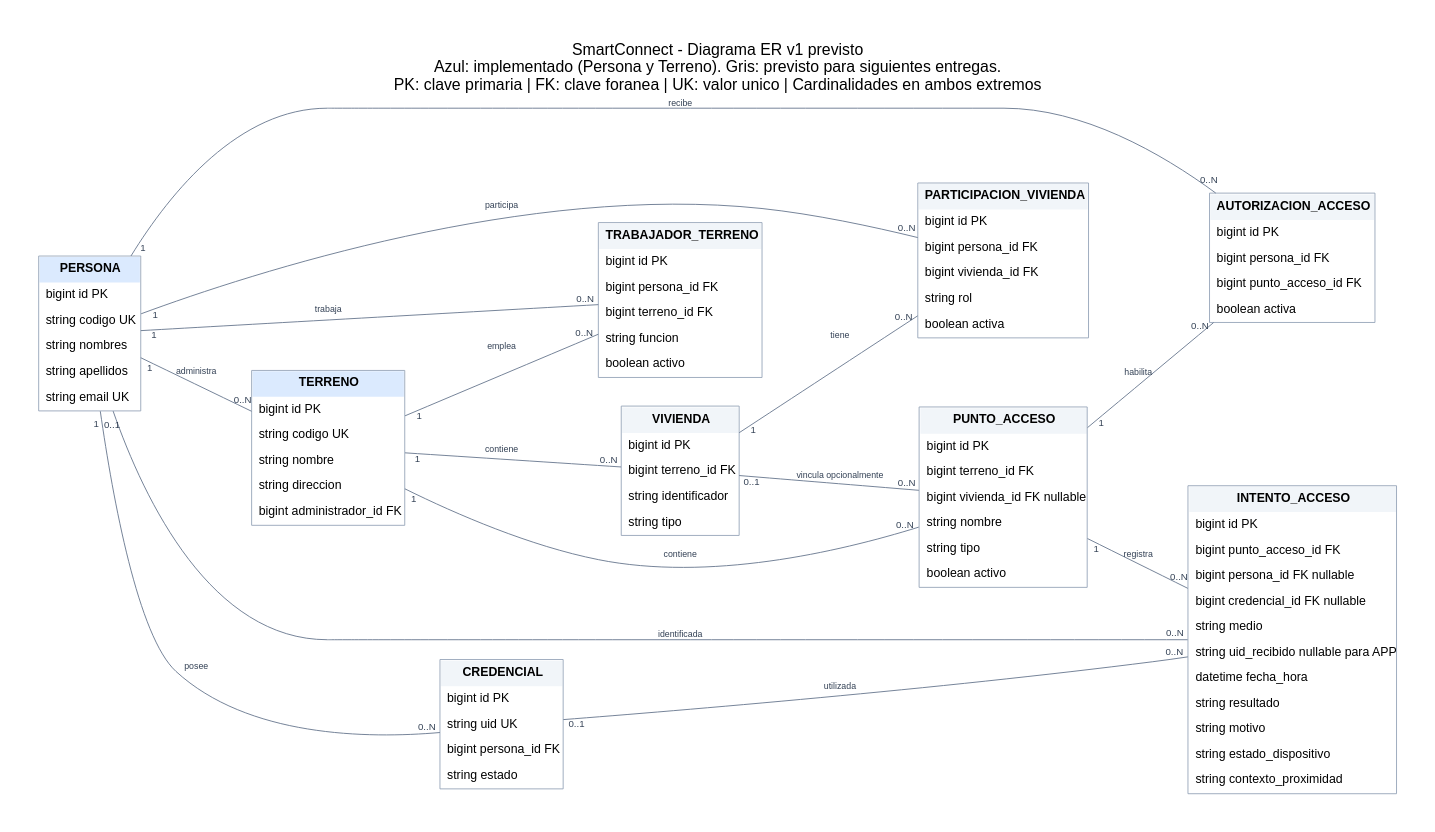
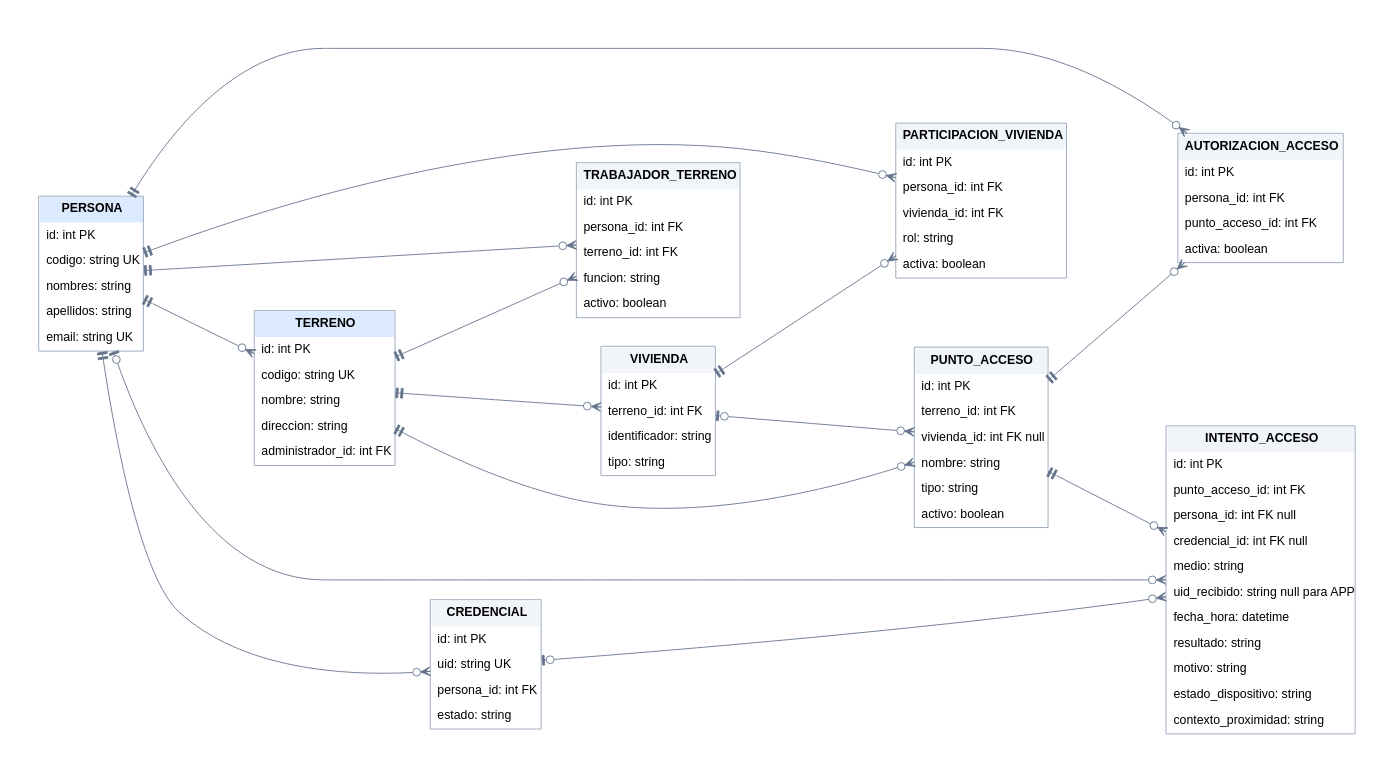
One commit to amaruprog14/smartconnect changed the diagram in er/diagrama_er_v1.dot. Above: the diagram before and after it, drawn with Graphviz. The commit also changed 1 other file, not shown here.

Commit message:
Actualiza la fuente DOT del ER al formato del diagrama
Atributos como nombre: tipo [PK|FK|UK], int y null, extremos en pata de
gallo y etiquetas de relación transparentes que solo ayudan a distribuir
el grafo. limpiar_svg.py elimina esos textos del SVG exportado.

```diff
--- a/er/diagrama_er_v1.dot
+++ b/er/diagrama_er_v1.dot
@@ -1,28 +1,29 @@
 digraph ER {
-graph [rankdir=LR, bgcolor="white", pad="0.5", nodesep="0.45", ranksep="1.1", fontname="Arial", labelloc=t, label="SmartConnect - Diagrama ER v1 previsto\nAzul: implementado (Persona y Terreno). Gris: previsto para siguientes entregas.\nPK: clave primaria | FK: clave foranea | UK: valor unico | Cardinalidades en ambos extremos", fontsize=18];
+graph [rankdir=LR, bgcolor="white", pad="0.5", nodesep="0.45", ranksep="1.1", fontname="Arial"];
 node [shape=plain, fontname="Arial"];
-edge [fontname="Arial", fontsize=10, labelfontsize=11, color="#64748b", fontcolor="#334155", dir=none, labeldistance=1.6];
-PERSONA [label=<<TABLE BORDER="1" CELLBORDER="0" CELLSPACING="0" CELLPADDING="7" COLOR="#94a3b8"><TR><TD BGCOLOR="#dbeafe"><B>PERSONA</B></TD></TR><TR><TD ALIGN="LEFT">bigint id PK</TD></TR><TR><TD ALIGN="LEFT">string codigo UK</TD></TR><TR><TD ALIGN="LEFT">string nombres</TD></TR><TR><TD ALIGN="LEFT">string apellidos</TD></TR><TR><TD ALIGN="LEFT">string email UK</TD></TR></TABLE>>];
-TERRENO [label=<<TABLE BORDER="1" CELLBORDER="0" CELLSPACING="0" CELLPADDING="7" COLOR="#94a3b8"><TR><TD BGCOLOR="#dbeafe"><B>TERRENO</B></TD></TR><TR><TD ALIGN="LEFT">bigint id PK</TD></TR><TR><TD ALIGN="LEFT">string codigo UK</TD></TR><TR><TD ALIGN="LEFT">string nombre</TD></TR><TR><TD ALIGN="LEFT">string direccion</TD></TR><TR><TD ALIGN="LEFT">bigint administrador_id FK</TD></TR></TABLE>>];
-VIVIENDA [label=<<TABLE BORDER="1" CELLBORDER="0" CELLSPACING="0" CELLPADDING="7" COLOR="#94a3b8"><TR><TD BGCOLOR="#f1f5f9"><B>VIVIENDA</B></TD></TR><TR><TD ALIGN="LEFT">bigint id PK</TD></TR><TR><TD ALIGN="LEFT">bigint terreno_id FK</TD></TR><TR><TD ALIGN="LEFT">string identificador</TD></TR><TR><TD ALIGN="LEFT">string tipo</TD></TR></TABLE>>];
-PARTICIPACION_VIVIENDA [label=<<TABLE BORDER="1" CELLBORDER="0" CELLSPACING="0" CELLPADDING="7" COLOR="#94a3b8"><TR><TD BGCOLOR="#f1f5f9"><B>PARTICIPACION_VIVIENDA</B></TD></TR><TR><TD ALIGN="LEFT">bigint id PK</TD></TR><TR><TD ALIGN="LEFT">bigint persona_id FK</TD></TR><TR><TD ALIGN="LEFT">bigint vivienda_id FK</TD></TR><TR><TD ALIGN="LEFT">string rol</TD></TR><TR><TD ALIGN="LEFT">boolean activa</TD></TR></TABLE>>];
-TRABAJADOR_TERRENO [label=<<TABLE BORDER="1" CELLBORDER="0" CELLSPACING="0" CELLPADDING="7" COLOR="#94a3b8"><TR><TD BGCOLOR="#f1f5f9"><B>TRABAJADOR_TERRENO</B></TD></TR><TR><TD ALIGN="LEFT">bigint id PK</TD></TR><TR><TD ALIGN="LEFT">bigint persona_id FK</TD></TR><TR><TD ALIGN="LEFT">bigint terreno_id FK</TD></TR><TR><TD ALIGN="LEFT">string funcion</TD></TR><TR><TD ALIGN="LEFT">boolean activo</TD></TR></TABLE>>];
-CREDENCIAL [label=<<TABLE BORDER="1" CELLBORDER="0" CELLSPACING="0" CELLPADDING="7" COLOR="#94a3b8"><TR><TD BGCOLOR="#f1f5f9"><B>CREDENCIAL</B></TD></TR><TR><TD ALIGN="LEFT">bigint id PK</TD></TR><TR><TD ALIGN="LEFT">string uid UK</TD></TR><TR><TD ALIGN="LEFT">bigint persona_id FK</TD></TR><TR><TD ALIGN="LEFT">string estado</TD></TR></TABLE>>];
-PUNTO_ACCESO [label=<<TABLE BORDER="1" CELLBORDER="0" CELLSPACING="0" CELLPADDING="7" COLOR="#94a3b8"><TR><TD BGCOLOR="#f1f5f9"><B>PUNTO_ACCESO</B></TD></TR><TR><TD ALIGN="LEFT">bigint id PK</TD></TR><TR><TD ALIGN="LEFT">bigint terreno_id FK</TD></TR><TR><TD ALIGN="LEFT">bigint vivienda_id FK nullable</TD></TR><TR><TD ALIGN="LEFT">string nombre</TD></TR><TR><TD ALIGN="LEFT">string tipo</TD></TR><TR><TD ALIGN="LEFT">boolean activo</TD></TR></TABLE>>];
-AUTORIZACION_ACCESO [label=<<TABLE BORDER="1" CELLBORDER="0" CELLSPACING="0" CELLPADDING="7" COLOR="#94a3b8"><TR><TD BGCOLOR="#f1f5f9"><B>AUTORIZACION_ACCESO</B></TD></TR><TR><TD ALIGN="LEFT">bigint id PK</TD></TR><TR><TD ALIGN="LEFT">bigint persona_id FK</TD></TR><TR><TD ALIGN="LEFT">bigint punto_acceso_id FK</TD></TR><TR><TD ALIGN="LEFT">boolean activa</TD></TR></TABLE>>];
-INTENTO_ACCESO [label=<<TABLE BORDER="1" CELLBORDER="0" CELLSPACING="0" CELLPADDING="7" COLOR="#94a3b8"><TR><TD BGCOLOR="#f1f5f9"><B>INTENTO_ACCESO</B></TD></TR><TR><TD ALIGN="LEFT">bigint id PK</TD></TR><TR><TD ALIGN="LEFT">bigint punto_acceso_id FK</TD></TR><TR><TD ALIGN="LEFT">bigint persona_id FK nullable</TD></TR><TR><TD ALIGN="LEFT">bigint credencial_id FK nullable</TD></TR><TR><TD ALIGN="LEFT">string medio</TD></TR><TR><TD ALIGN="LEFT">string uid_recibido nullable para APP</TD></TR><TR><TD ALIGN="LEFT">datetime fecha_hora</TD></TR><TR><TD ALIGN="LEFT">string resultado</TD></TR><TR><TD ALIGN="LEFT">string motivo</TD></TR><TR><TD ALIGN="LEFT">string estado_dispositivo</TD></TR><TR><TD ALIGN="LEFT">string contexto_proximidad</TD></TR></TABLE>>];
-PERSONA -> TERRENO [label="administra", taillabel="1", headlabel="0..N"];
-TERRENO -> VIVIENDA [label="contiene", taillabel="1", headlabel="0..N"];
-PERSONA -> PARTICIPACION_VIVIENDA [label="participa", taillabel="1", headlabel="0..N"];
-VIVIENDA -> PARTICIPACION_VIVIENDA [label="tiene", taillabel="1", headlabel="0..N"];
-PERSONA -> TRABAJADOR_TERRENO [label="trabaja", taillabel="1", headlabel="0..N"];
-TERRENO -> TRABAJADOR_TERRENO [label="emplea", taillabel="1", headlabel="0..N"];
-PERSONA -> CREDENCIAL [label="posee", taillabel="1", headlabel="0..N"];
-TERRENO -> PUNTO_ACCESO [label="contiene", taillabel="1", headlabel="0..N"];
-VIVIENDA -> PUNTO_ACCESO [label="vincula opcionalmente", taillabel="0..1", headlabel="0..N"];
-PERSONA -> AUTORIZACION_ACCESO [label="recibe", taillabel="1", headlabel="0..N"];
-PUNTO_ACCESO -> AUTORIZACION_ACCESO [label="habilita", taillabel="1", headlabel="0..N"];
-PUNTO_ACCESO -> INTENTO_ACCESO [label="registra", taillabel="1", headlabel="0..N"];
-PERSONA -> INTENTO_ACCESO [label="identificada", taillabel="0..1", headlabel="0..N"];
-CREDENCIAL -> INTENTO_ACCESO [label="utilizada", taillabel="0..1", headlabel="0..N"];
+// Las etiquetas de las relaciones solo ayudan a distribuir el diagrama: son transparentes.
+edge [fontname="Arial", fontsize=10, color="#64748b", fontcolor="transparent", dir=both, arrowsize=1.1];
+PERSONA [label=<<TABLE BORDER="1" CELLBORDER="0" CELLSPACING="0" CELLPADDING="7" COLOR="#94a3b8"><TR><TD BGCOLOR="#dbeafe"><B>PERSONA</B></TD></TR><TR><TD ALIGN="LEFT">id: int PK</TD></TR><TR><TD ALIGN="LEFT">codigo: string UK</TD></TR><TR><TD ALIGN="LEFT">nombres: string</TD></TR><TR><TD ALIGN="LEFT">apellidos: string</TD></TR><TR><TD ALIGN="LEFT">email: string UK</TD></TR></TABLE>>];
+TERRENO [label=<<TABLE BORDER="1" CELLBORDER="0" CELLSPACING="0" CELLPADDING="7" COLOR="#94a3b8"><TR><TD BGCOLOR="#dbeafe"><B>TERRENO</B></TD></TR><TR><TD ALIGN="LEFT">id: int PK</TD></TR><TR><TD ALIGN="LEFT">codigo: string UK</TD></TR><TR><TD ALIGN="LEFT">nombre: string</TD></TR><TR><TD ALIGN="LEFT">direccion: string</TD></TR><TR><TD ALIGN="LEFT">administrador_id: int FK</TD></TR></TABLE>>];
+VIVIENDA [label=<<TABLE BORDER="1" CELLBORDER="0" CELLSPACING="0" CELLPADDING="7" COLOR="#94a3b8"><TR><TD BGCOLOR="#f1f5f9"><B>VIVIENDA</B></TD></TR><TR><TD ALIGN="LEFT">id: int PK</TD></TR><TR><TD ALIGN="LEFT">terreno_id: int FK</TD></TR><TR><TD ALIGN="LEFT">identificador: string</TD></TR><TR><TD ALIGN="LEFT">tipo: string</TD></TR></TABLE>>];
+PARTICIPACION_VIVIENDA [label=<<TABLE BORDER="1" CELLBORDER="0" CELLSPACING="0" CELLPADDING="7" COLOR="#94a3b8"><TR><TD BGCOLOR="#f1f5f9"><B>PARTICIPACION_VIVIENDA</B></TD></TR><TR><TD ALIGN="LEFT">id: int PK</TD></TR><TR><TD ALIGN="LEFT">persona_id: int FK</TD></TR><TR><TD ALIGN="LEFT">vivienda_id: int FK</TD></TR><TR><TD ALIGN="LEFT">rol: string</TD></TR><TR><TD ALIGN="LEFT">activa: boolean</TD></TR></TABLE>>];
+TRABAJADOR_TERRENO [label=<<TABLE BORDER="1" CELLBORDER="0" CELLSPACING="0" CELLPADDING="7" COLOR="#94a3b8"><TR><TD BGCOLOR="#f1f5f9"><B>TRABAJADOR_TERRENO</B></TD></TR><TR><TD ALIGN="LEFT">id: int PK</TD></TR><TR><TD ALIGN="LEFT">persona_id: int FK</TD></TR><TR><TD ALIGN="LEFT">terreno_id: int FK</TD></TR><TR><TD ALIGN="LEFT">funcion: string</TD></TR><TR><TD ALIGN="LEFT">activo: boolean</TD></TR></TABLE>>];
+CREDENCIAL [label=<<TABLE BORDER="1" CELLBORDER="0" CELLSPACING="0" CELLPADDING="7" COLOR="#94a3b8"><TR><TD BGCOLOR="#f1f5f9"><B>CREDENCIAL</B></TD></TR><TR><TD ALIGN="LEFT">id: int PK</TD></TR><TR><TD ALIGN="LEFT">uid: string UK</TD></TR><TR><TD ALIGN="LEFT">persona_id: int FK</TD></TR><TR><TD ALIGN="LEFT">estado: string</TD></TR></TABLE>>];
+PUNTO_ACCESO [label=<<TABLE BORDER="1" CELLBORDER="0" CELLSPACING="0" CELLPADDING="7" COLOR="#94a3b8"><TR><TD BGCOLOR="#f1f5f9"><B>PUNTO_ACCESO</B></TD></TR><TR><TD ALIGN="LEFT">id: int PK</TD></TR><TR><TD ALIGN="LEFT">terreno_id: int FK</TD></TR><TR><TD ALIGN="LEFT">vivienda_id: int FK null</TD></TR><TR><TD ALIGN="LEFT">nombre: string</TD></TR><TR><TD ALIGN="LEFT">tipo: string</TD></TR><TR><TD ALIGN="LEFT">activo: boolean</TD></TR></TABLE>>];
+AUTORIZACION_ACCESO [label=<<TABLE BORDER="1" CELLBORDER="0" CELLSPACING="0" CELLPADDING="7" COLOR="#94a3b8"><TR><TD BGCOLOR="#f1f5f9"><B>AUTORIZACION_ACCESO</B></TD></TR><TR><TD ALIGN="LEFT">id: int PK</TD></TR><TR><TD ALIGN="LEFT">persona_id: int FK</TD></TR><TR><TD ALIGN="LEFT">punto_acceso_id: int FK</TD></TR><TR><TD ALIGN="LEFT">activa: boolean</TD></TR></TABLE>>];
+INTENTO_ACCESO [label=<<TABLE BORDER="1" CELLBORDER="0" CELLSPACING="0" CELLPADDING="7" COLOR="#94a3b8"><TR><TD BGCOLOR="#f1f5f9"><B>INTENTO_ACCESO</B></TD></TR><TR><TD ALIGN="LEFT">id: int PK</TD></TR><TR><TD ALIGN="LEFT">punto_acceso_id: int FK</TD></TR><TR><TD ALIGN="LEFT">persona_id: int FK null</TD></TR><TR><TD ALIGN="LEFT">credencial_id: int FK null</TD></TR><TR><TD ALIGN="LEFT">medio: string</TD></TR><TR><TD ALIGN="LEFT">uid_recibido: string null para APP</TD></TR><TR><TD ALIGN="LEFT">fecha_hora: datetime</TD></TR><TR><TD ALIGN="LEFT">resultado: string</TD></TR><TR><TD ALIGN="LEFT">motivo: string</TD></TR><TR><TD ALIGN="LEFT">estado_dispositivo: string</TD></TR><TR><TD ALIGN="LEFT">contexto_proximidad: string</TD></TR></TABLE>>];
+PERSONA -> TERRENO [label="administra", arrowtail=teetee, arrowhead=crowodot];
+TERRENO -> VIVIENDA [label="contiene", arrowtail=teetee, arrowhead=crowodot];
+PERSONA -> PARTICIPACION_VIVIENDA [label="participa", arrowtail=teetee, arrowhead=crowodot];
+VIVIENDA -> PARTICIPACION_VIVIENDA [label="tiene", arrowtail=teetee, arrowhead=crowodot];
+PERSONA -> TRABAJADOR_TERRENO [label="trabaja", arrowtail=teetee, arrowhead=crowodot];
+TERRENO -> TRABAJADOR_TERRENO [label="emplea", arrowtail=teetee, arrowhead=crowodot];
+PERSONA -> CREDENCIAL [label="posee", arrowtail=teetee, arrowhead=crowodot];
+TERRENO -> PUNTO_ACCESO [label="contiene", arrowtail=teetee, arrowhead=crowodot];
+VIVIENDA -> PUNTO_ACCESO [label="vincula opcionalmente", arrowtail=teeodot, arrowhead=crowodot];
+PERSONA -> AUTORIZACION_ACCESO [label="recibe", arrowtail=teetee, arrowhead=crowodot];
+PUNTO_ACCESO -> AUTORIZACION_ACCESO [label="habilita", arrowtail=teetee, arrowhead=crowodot];
+PUNTO_ACCESO -> INTENTO_ACCESO [label="registra", arrowtail=teetee, arrowhead=crowodot];
+PERSONA -> INTENTO_ACCESO [label="identificada", arrowtail=teeodot, arrowhead=crowodot];
+CREDENCIAL -> INTENTO_ACCESO [label="utilizada", arrowtail=teeodot, arrowhead=crowodot];
 }
```
